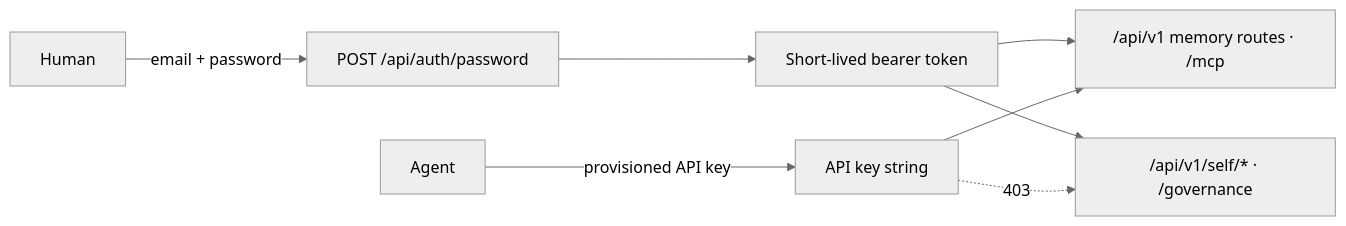
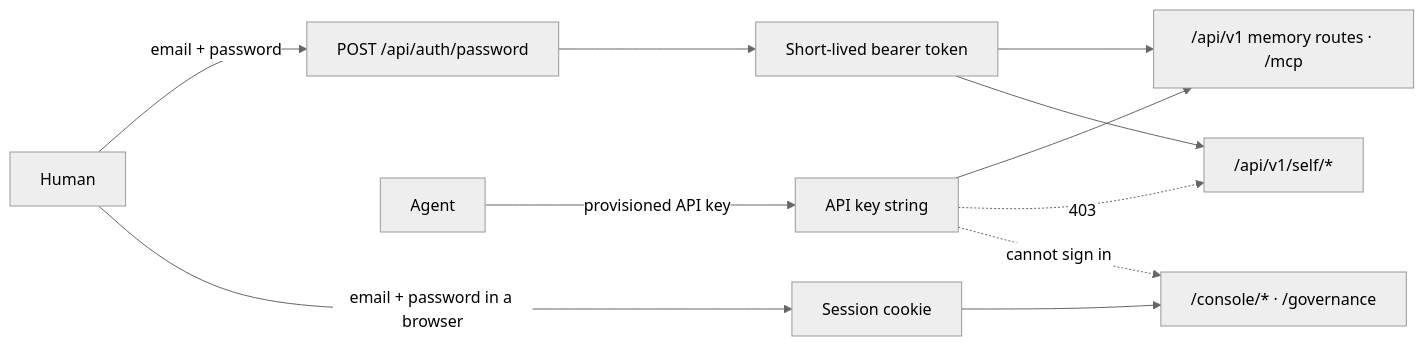
One commit to cartularyhq/cartulary changed the diagram in docs/guides/authentication.md. Above: the diagram before and after it, drawn with Mermaid (neutral theme). The commit also changed other lines of this file and 41 other files, not shown here.

````diff
--- a/docs/guides/authentication.md
+++ b/docs/guides/authentication.md
@@ -9,10 +9,13 @@
 ```mermaid
 flowchart LR
     H[Human] -->|email + password| SI["POST /api/auth/password"]
     SI --> T[Short-lived bearer token]
     A[Agent] -->|provisioned API key| K[API key string]
     T --> V["/api/v1 memory routes · /mcp"]
     K --> V
-    T --> S["/api/v1/self/* · /governance"]
+    T --> S["/api/v1/self/*"]
     K -. 403 .-> S
+    H -->|email + password in a browser| B["Session cookie"]
+    B --> C["/console/* · /governance"]
+    K -. cannot sign in .-> C
 ```
````
